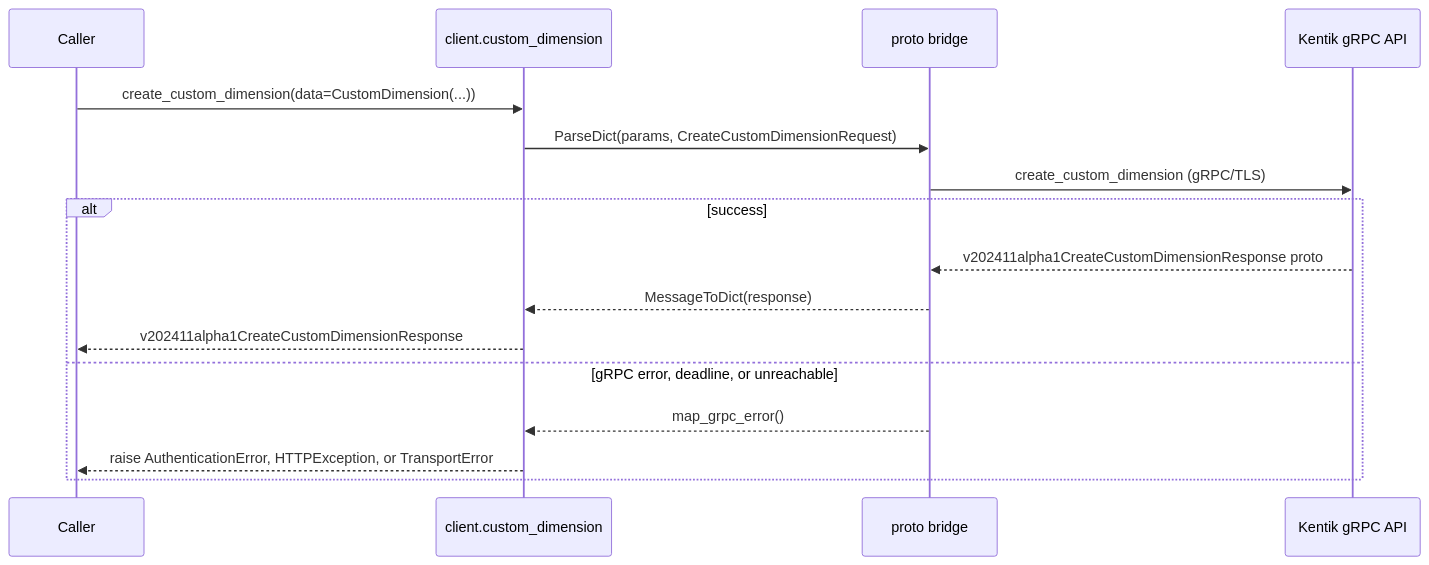
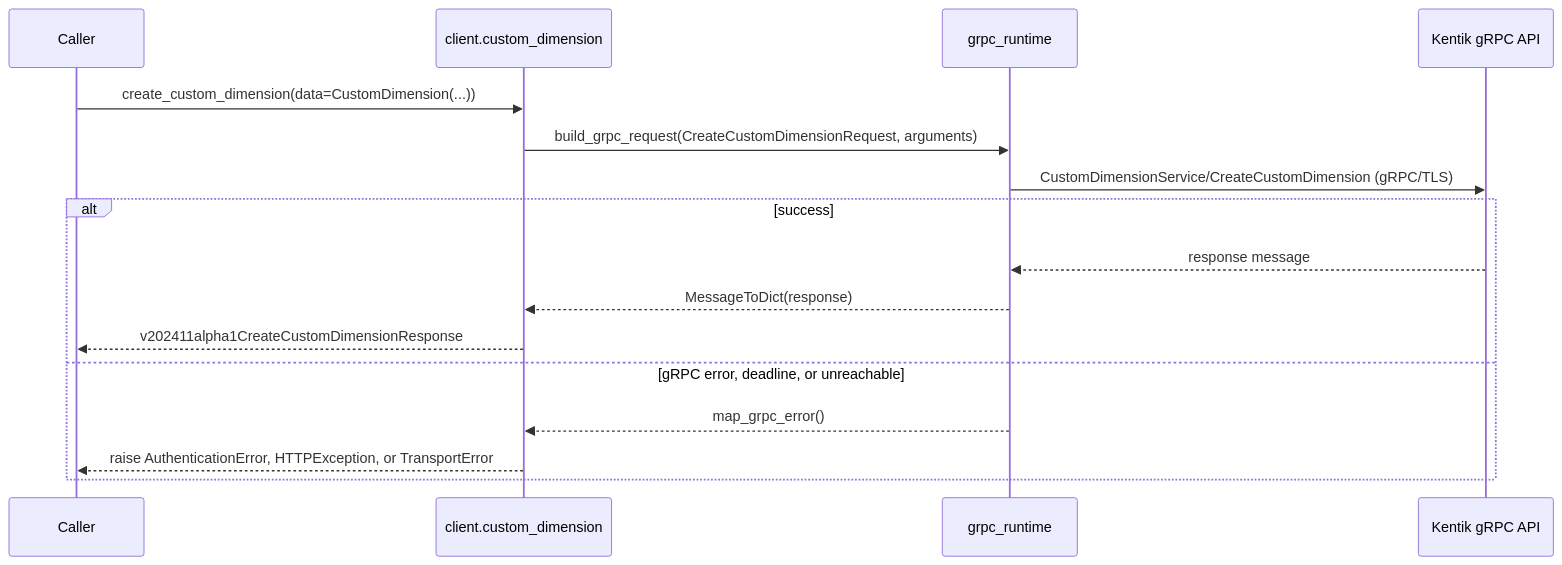
Diagram 21 of 22 in docs/sphinx/services/custom_dimension.md (alexdearaujo/community_sdk_python), drawn with Mermaid before and after one commit. The commit also changed other lines of this file and 37 other files, not shown here.

First line of the commit message:
docs: show the real RPC in each service page's gRPC diagram

````diff
--- a/docs/sphinx/services/custom_dimension.md
+++ b/docs/sphinx/services/custom_dimension.md
@@ -754,19 +754,19 @@
 ```mermaid
 sequenceDiagram
     participant C as Caller
     participant W as client.custom_dimension
-    participant B as proto bridge
+    participant R as grpc_runtime
     participant API as Kentik gRPC API
 
     C->>W: create_custom_dimension(data=CustomDimension(...))
-    W->>B: ParseDict(params, CreateCustomDimensionRequest)
-    B->>API: create_custom_dimension (gRPC/TLS)
+    W->>R: build_grpc_request(CreateCustomDimensionRequest, arguments)
+    R->>API: CustomDimensionService/CreateCustomDimension (gRPC/TLS)
     alt success
-        API-->>B: v202411alpha1CreateCustomDimensionResponse proto
-        B-->>W: MessageToDict(response)
+        API-->>R: response message
+        R-->>W: MessageToDict(response)
         W-->>C: v202411alpha1CreateCustomDimensionResponse
     else gRPC error, deadline, or unreachable
-        B-->>W: map_grpc_error()
+        R-->>W: map_grpc_error()
         W-->>C: raise AuthenticationError, HTTPException, or TransportError
     end
 ```
````
